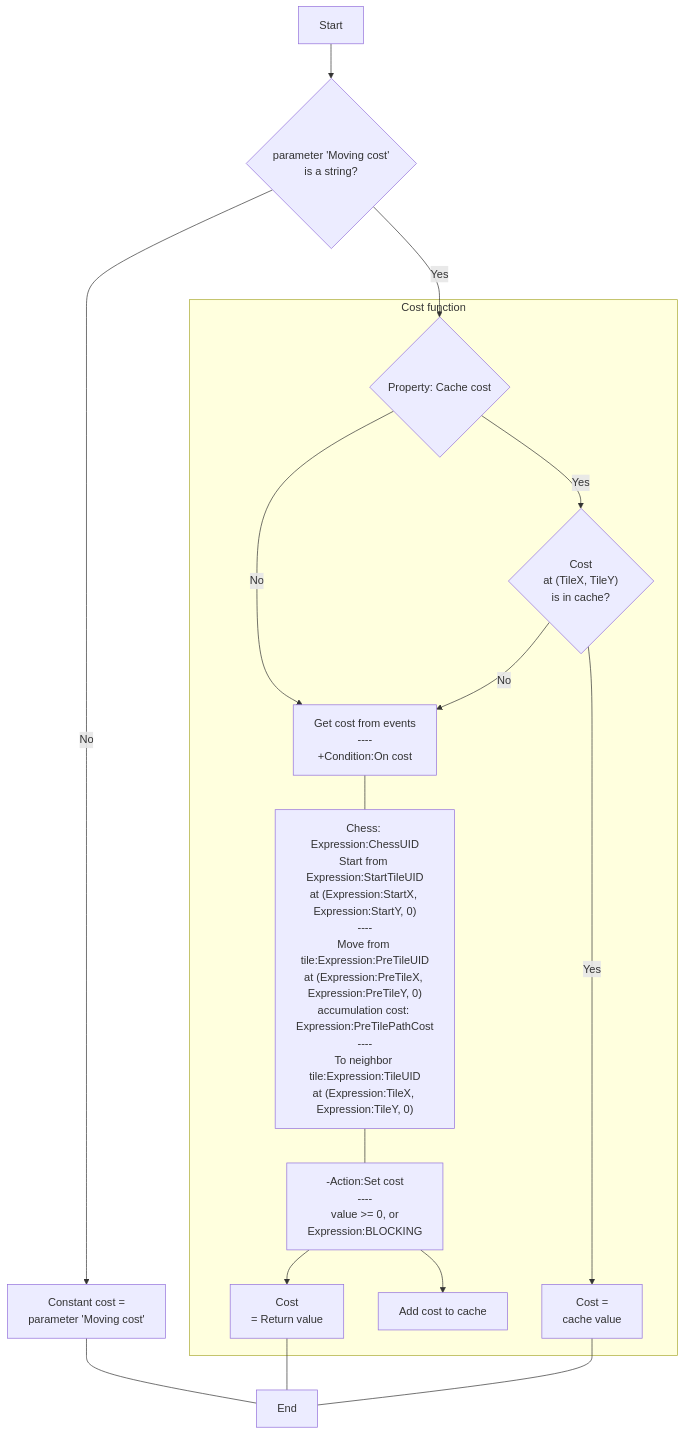
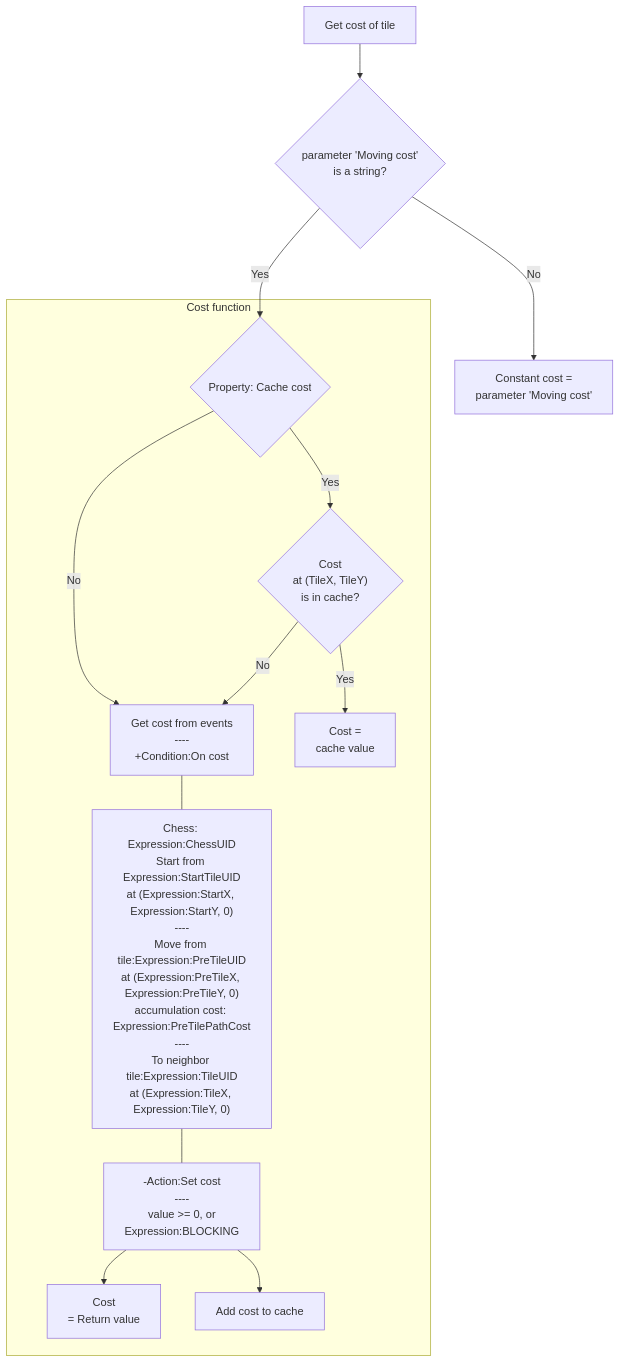
Before and after one commit to rexrainbow/C2RexDoc: the second of 6 diagrams in plugins.md/rex_slg_movement.md, drawn with Mermaid. The commit also changed other lines of this file and 9 other files, not shown here.

````diff
--- a/plugins.md/rex_slg_movement.md
+++ b/plugins.md/rex_slg_movement.md
@@ -61,23 +61,19 @@
 ```mermaid
 graph TB
 
-Start --> GetCost{"parameter 'Moving cost'<br>is a string?"}
+Start[Get cost of tile] --> GetCost{"parameter 'Moving cost'<br>is a string?"}
 GetCost --> |No| ConstCost["Constant cost =<br>parameter 'Moving cost'"]
-ConstCost --- End
 GetCost --> |Yes| CacheCost{Property: Cache cost} 
 
 subgraph Cost function
 CacheCost --> |No| CondOnCost["Get cost from events<br>----<br>+Condition:On cost"]
 CacheCost --> |Yes| CostInCache{"Cost<br>at (TileX, TileY)<br> is in cache?"}
 CostInCache --> |No| CondOnCost
 CostInCache --> |Yes| CacheValue[Cost =<br>cache value]
 
 CondOnCost --- ExpCost["Chess: Expression:ChessUID<br>Start from Expression:StartTileUID<br>at (Expression:StartX, Expression:StartY, 0)<br>----<br>Move from tile:Expression:PreTileUID<br>at (Expression:PreTileX, Expression:PreTileY, 0)<br>accumulation cost: Expression:PreTilePathCost<br>----<br>To neighbor tile:Expression:TileUID<br>at (Expression:TileX, Expression:TileY, 0)"]
 ExpCost --- SetCost["-Action:Set cost<br>----<br>value >= 0, or<br>Expression:BLOCKING"]
 SetCost --> RetCost["Cost<br>= Return value"]
 SetCost --> AddToCache["Add cost to cache"]
 end
-
-RetCost --- End
-CacheValue --- End
 ```
````
